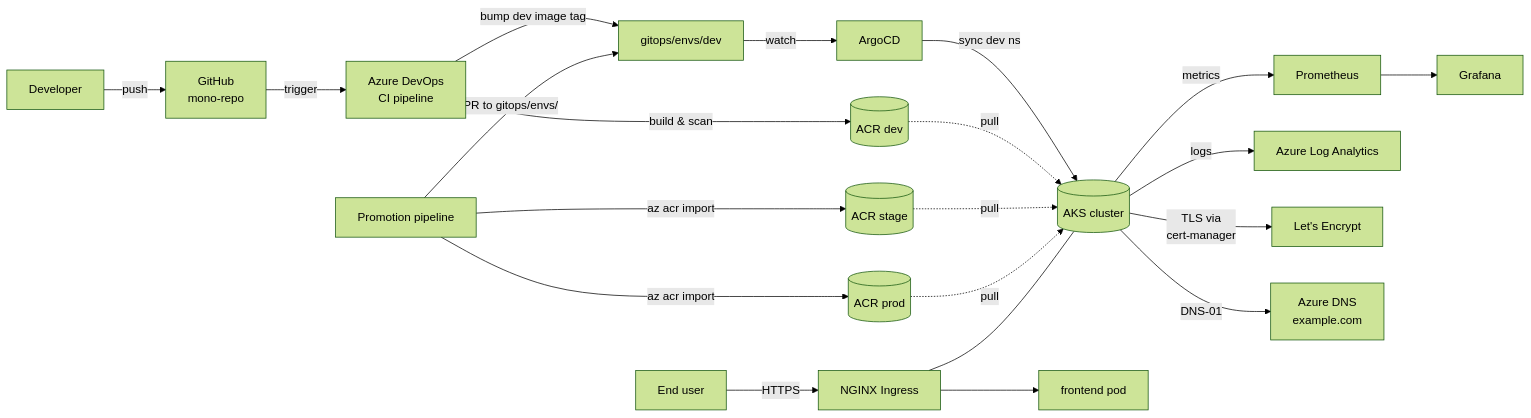
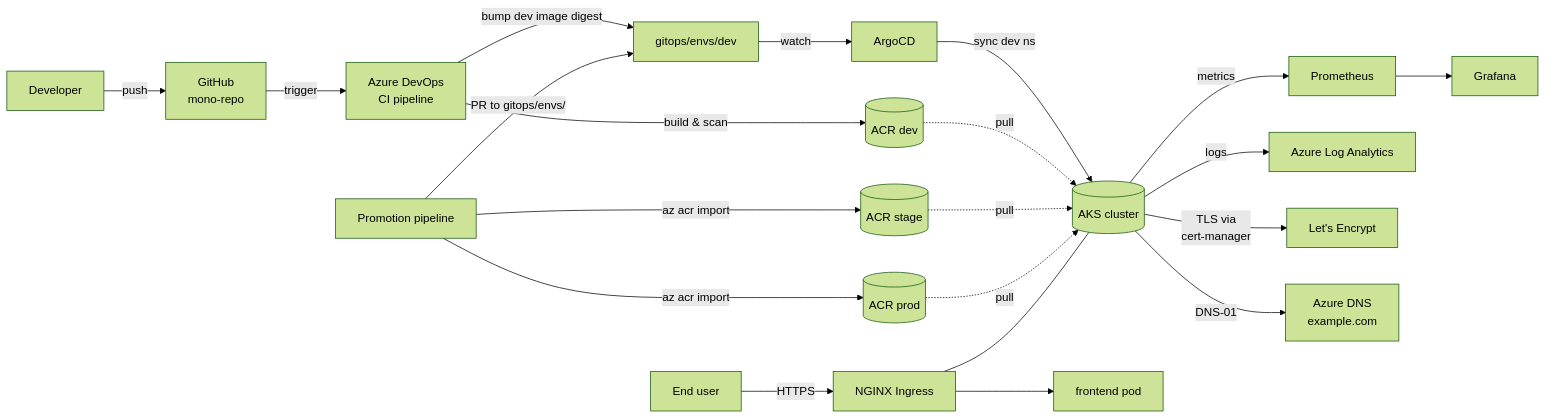
The diagram in docs/architecture-design.md (btilki/micser-apps-Azure-Terraform-Helm-GitOps-monitoring), drawn with Mermaid (forest theme) before and after one commit. The commit also changed other lines of this file and 24 other files, not shown here.

First line of the commit message:
Consolidate architecture diagrams and align documentation.

````diff
--- a/docs/architecture-design.md
+++ b/docs/architecture-design.md
@@ -135,25 +137,25 @@
 ```mermaid
 flowchart LR
   dev[Developer] -->|push| GH[GitHub<br/>mono-repo]
   GH -->|trigger| ADO[Azure DevOps<br/>CI pipeline]
   ADO -->|build & scan| ACRD[(ACR dev)]
-  ADO -->|bump dev image tag| GHCfg[gitops/envs/dev]
+  ADO -->|bump dev image digest| GHCfg[gitops/envs/dev]
   GHCfg -->|watch| ArgoCD[ArgoCD]
   ArgoCD -->|sync dev ns| AKS[(AKS cluster)]
 
   promo[Promotion pipeline] -->|az acr import| ACRS[(ACR stage)]
   promo -->|az acr import| ACRP[(ACR prod)]
   promo -->|PR to gitops/envs/<env>| GHCfg
 
   ACRD -.->|pull| AKS
   ACRS -.->|pull| AKS
   ACRP -.->|pull| AKS
 
   AKS -->|metrics| Prom[Prometheus]
   AKS -->|logs| LA[Azure Log Analytics]
   Prom --> Graf[Grafana]
   AKS -->|TLS via<br/>cert-manager| LE[Let's Encrypt]
   AKS -->|DNS-01| ADNS[Azure DNS<br/>example.com]
   user[End user] -->|HTTPS| Ingress[NGINX Ingress] --> Frontend[frontend pod]
   Ingress --- AKS
 ```
````
